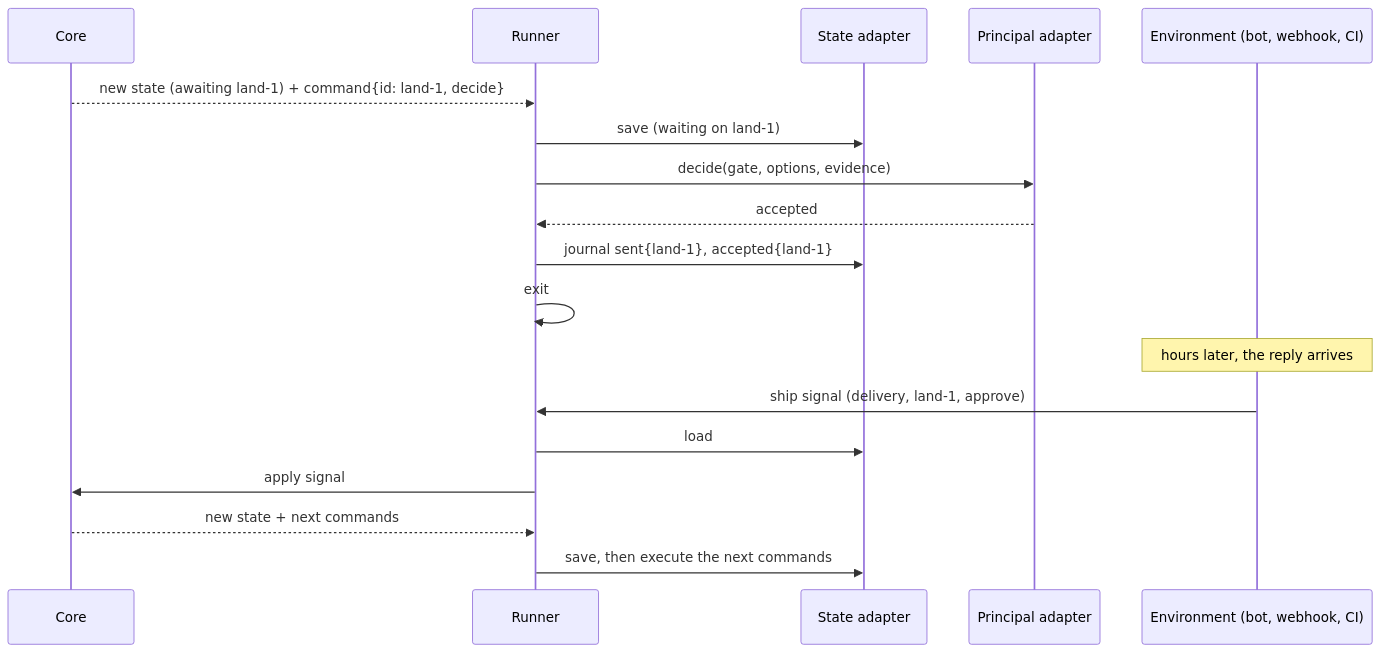
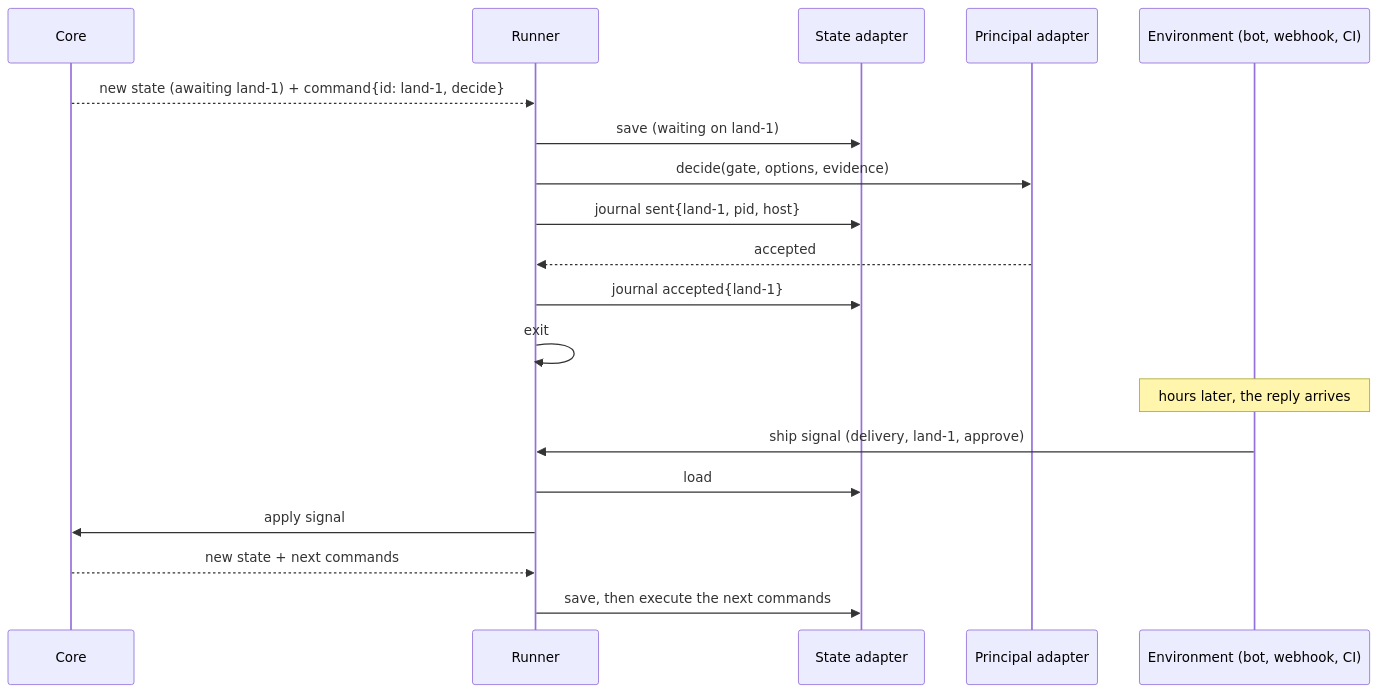
One commit to pehota/harlo changed the fourth of 4 diagrams in ship/docs/architecture.md. Above: the diagram before and after it, drawn with Mermaid. The commit also changed other lines of this file and 1 other file, not shown here.

First line of the commit message:
docs(ship): journal sent at process start and detect orphaned commands

````diff
--- a/ship/docs/architecture.md
+++ b/ship/docs/architecture.md
@@ -294,21 +297,22 @@
 ```mermaid
 sequenceDiagram
   participant Core
   participant Run as Runner
   participant St as State adapter
   participant Pr as Principal adapter
   participant Env as Environment (bot, webhook, CI)
 
   Core-->>Run: new state (awaiting land-1) + command{id: land-1, decide}
   Run->>St: save (waiting on land-1)
   Run->>Pr: decide(gate, options, evidence)
+  Run->>St: journal sent{land-1, pid, host}
   Pr-->>Run: accepted
-  Run->>St: journal sent{land-1}, accepted{land-1}
+  Run->>St: journal accepted{land-1}
   Run->>Run: exit
   Note over Env: hours later, the reply arrives
   Env->>Run: ship signal (delivery, land-1, approve)
   Run->>St: load
   Run->>Core: apply signal
   Core-->>Run: new state + next commands
   Run->>St: save, then execute the next commands
 ```
````
